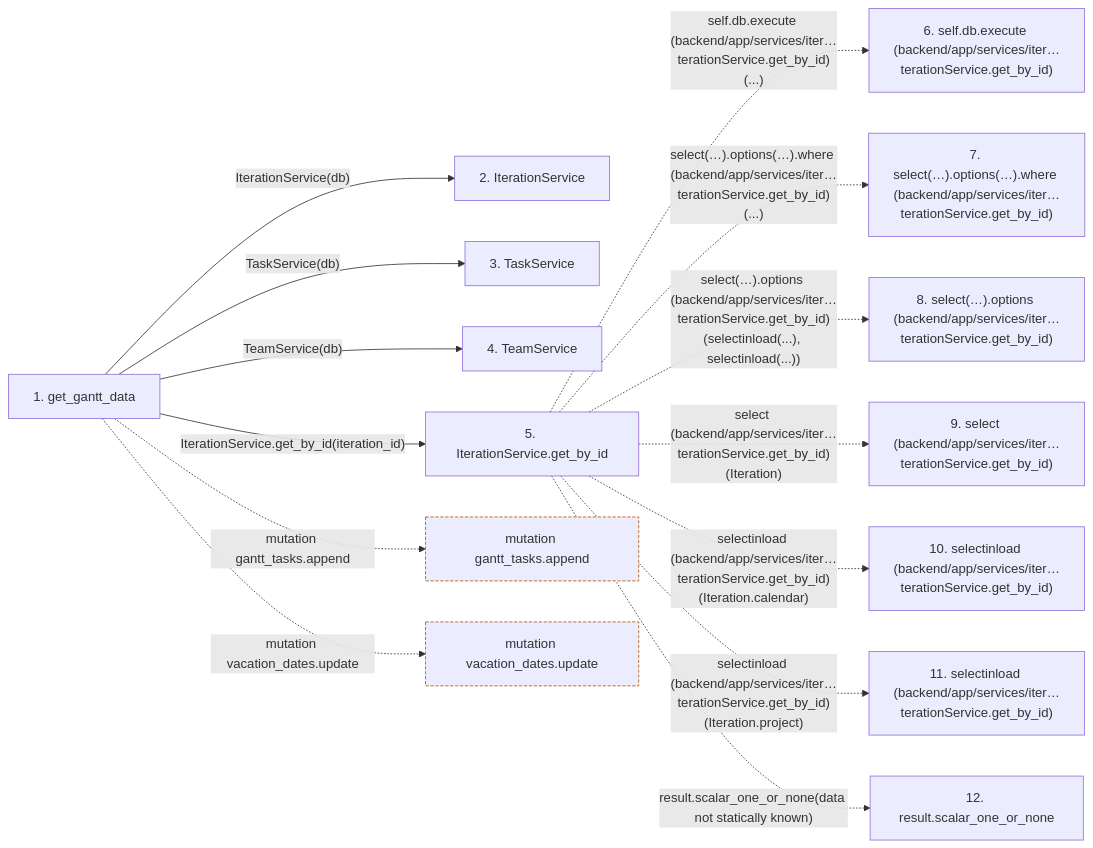
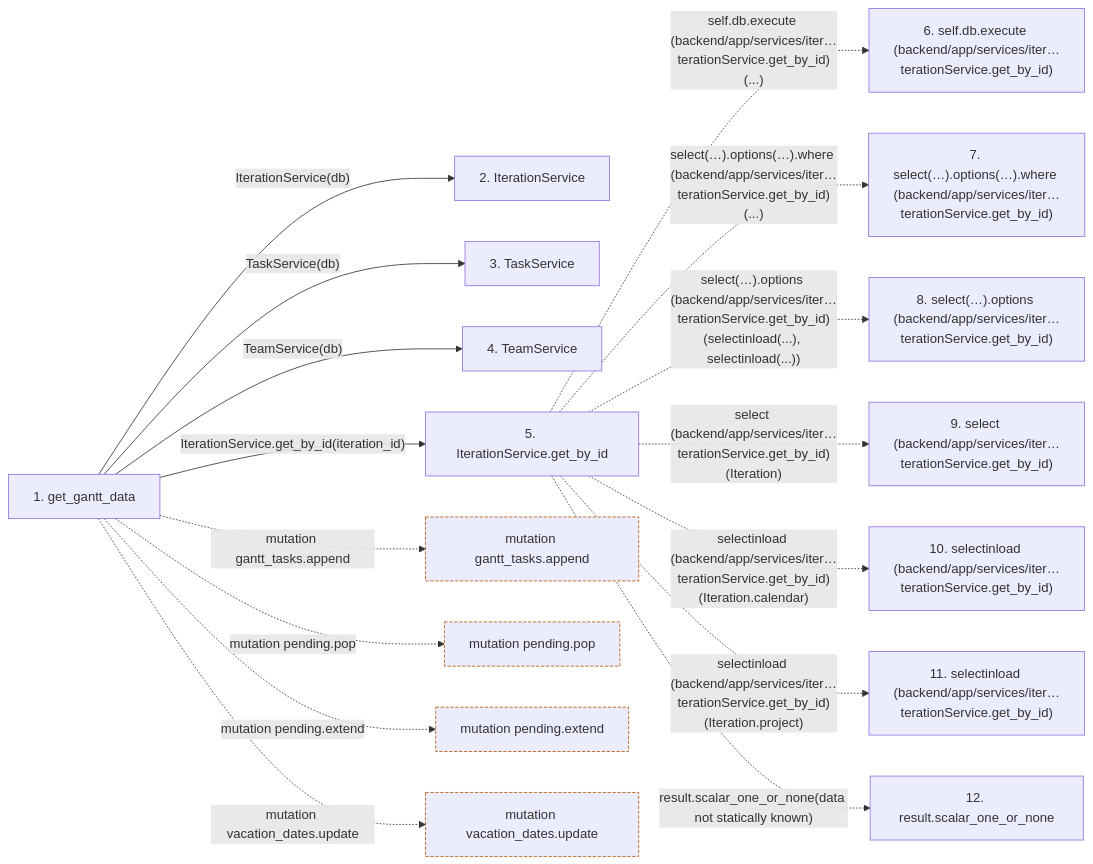
Before and after one commit to Denissvgn/WorkChord: the second of 2 diagrams in docs/llm_wiki/flows/http-get_gantt_data.md, drawn with Mermaid. The commit also changed other lines of this file and 1817 other files, not shown here.

First line of the commit message:
Refresh the architectural wiki for the 1.9.0 changes

````diff
--- a/docs/llm_wiki/flows/http-get_gantt_data.md
+++ b/docs/llm_wiki/flows/http-get_gantt_data.md
@@ -144,38 +146,44 @@
 ```mermaid
 flowchart LR
     s1["1. get_gantt_data"]
     s2["2. IterationService"]
     s3["3. TaskService"]
     s4["4. TeamService"]
     s5["5. IterationService.get_by_id"]
     s6["6. self.db.execute (backend/app/services/iter…terationService.get_by_id)"]
     s7["7. select(…).options(…).where (backend/app/services/iter…terationService.get_by_id)"]
     s8["8. select(…).options (backend/app/services/iter…terationService.get_by_id)"]
     s9["9. select (backend/app/services/iter…terationService.get_by_id)"]
     s10["10. selectinload (backend/app/services/iter…terationService.get_by_id)"]
     s11["11. selectinload (backend/app/services/iter…terationService.get_by_id)"]
     s12["12. result.scalar_one_or_none"]
     s1 -->|"IterationService(db)"| s2
     s1 -->|"TaskService(db)"| s3
     s1 -->|"TeamService(db)"| s4
     s1 -->|"IterationService.get_by_id(iteration_id)"| s5
     s5 -. "self.db.execute (backend/app/services/iter…terationService.get_by_id)(...)" .-> s6
     s5 -. "select(…).options(…).where (backend/app/services/iter…terationService.get_by_id)(...)" .-> s7
     s5 -. "select(…).options (backend/app/services/iter…terationService.get_by_id)(selectinload(...), selectinload(...))" .-> s8
     s5 -. "select (backend/app/services/iter…terationService.get_by_id)(Iteration)" .-> s9
     s5 -. "selectinload (backend/app/services/iter…terationService.get_by_id)(Iteration.calendar)" .-> s10
     s5 -. "selectinload (backend/app/services/iter…terationService.get_by_id)(Iteration.project)" .-> s11
     s5 -. "result.scalar_one_or_none(data not statically known)" .-> s12
     b0["mutation gantt_tasks.append"]
     s1 -. "mutation gantt_tasks.append" .-> b0
-    b1["mutation vacation_dates.update"]
-    s1 -. "mutation vacation_dates.update" .-> b1
+    b1["mutation pending.pop"]
+    s1 -. "mutation pending.pop" .-> b1
+    b2["mutation pending.extend"]
+    s1 -. "mutation pending.extend" .-> b2
+    b3["mutation vacation_dates.update"]
+    s1 -. "mutation vacation_dates.update" .-> b3
     click s1 "../modules/routers_gantt.md"
     click s2 "../modules/iteration_service.md"
     click s3 "../modules/task_service.md"
     click s4 "../modules/team_service.md"
     click s5 "../modules/iteration_service.md"
     classDef boundary stroke:#b45309,stroke-dasharray: 4 2
     class b0 boundary
     class b1 boundary
+    class b2 boundary
+    class b3 boundary
 ```
````
